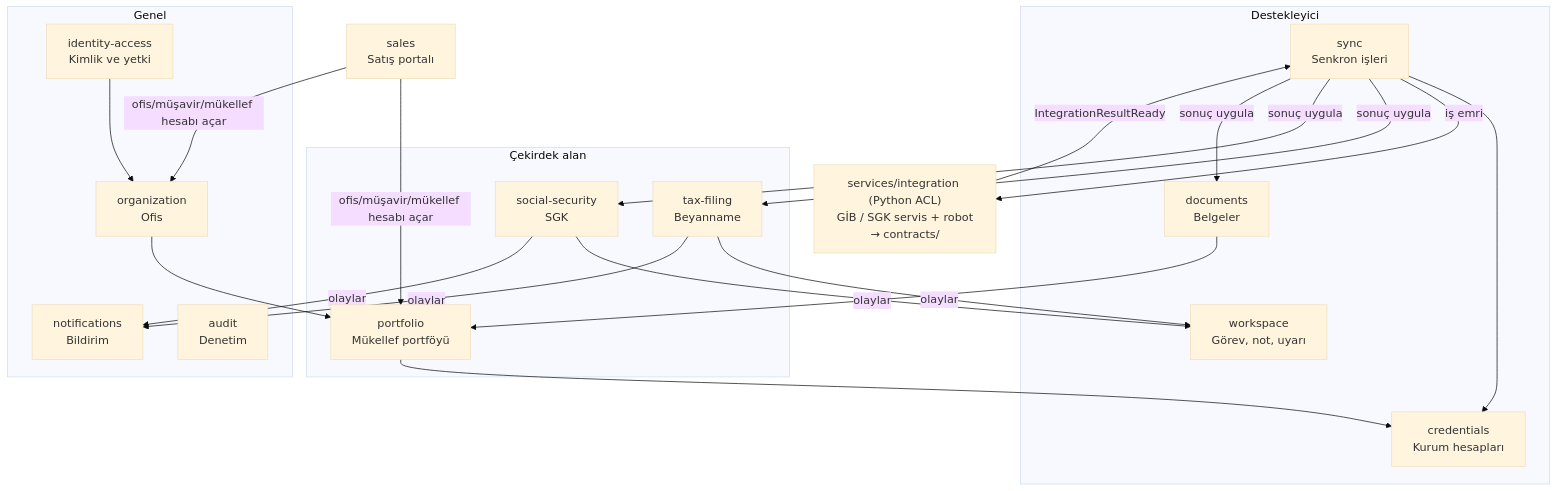
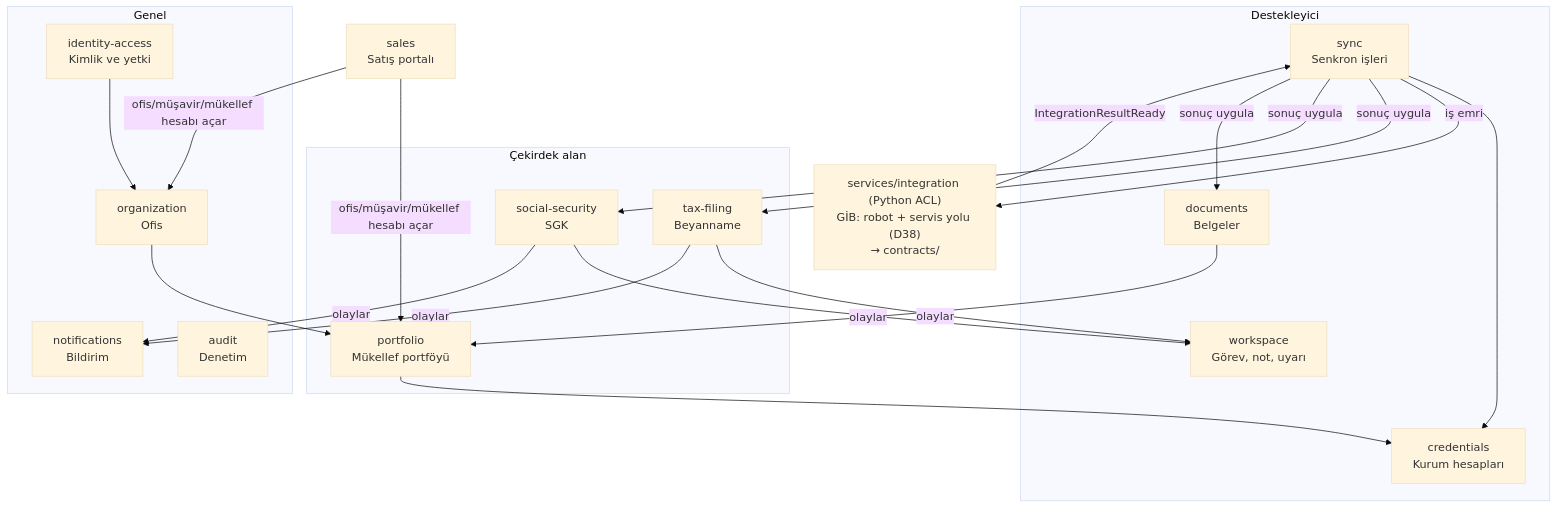
One commit to hakangoktas69/Ortakcalisma changed the first of 2 diagrams in README.md. Above: the diagram before and after it, drawn with Mermaid (base theme). The commit also changed other lines of this file and 7 other files, not shown here.

````diff
--- a/README.md
+++ b/README.md
@@ -15,30 +17,30 @@
 ```mermaid
 flowchart TB
   subgraph Core["Çekirdek alan"]
     TF["tax-filing<br/>Beyanname"]
     SS["social-security<br/>SGK"]
     PF["portfolio<br/>Mükellef portföyü"]
   end
   subgraph Supporting["Destekleyici"]
     CR["credentials<br/>Kurum hesapları"]
     SY["sync<br/>Senkron işleri"]
     DOC["documents<br/>Belgeler"]
     WS["workspace<br/>Görev, not, uyarı"]
   end
   subgraph Generic["Genel"]
     IA["identity-access<br/>Kimlik ve yetki"]
     ORG["organization<br/>Ofis"]
     NT["notifications<br/>Bildirim"]
     AU["audit<br/>Denetim"]
   end
-  ACL["services/integration (Python ACL)<br/>GİB / SGK servis + robot<br/>→ contracts/"]
+  ACL["services/integration (Python ACL)<br/>GİB: robot + servis yolu (D38)<br/>→ contracts/"]
   IA --> ORG --> PF
   PF --> CR
   SY --> CR
   SY -- "iş emri" --> ACL
   ACL -- "IntegrationResultReady" --> SY
   SY -- "sonuç uygula" --> TF & SS & DOC
   TF & SS -- "olaylar" --> WS & NT
   DOC --> PF
   SAL["sales<br/>Satış portalı"] -- "ofis/müşavir/mükellef hesabı açar" --> ORG & PF
 ```
````
